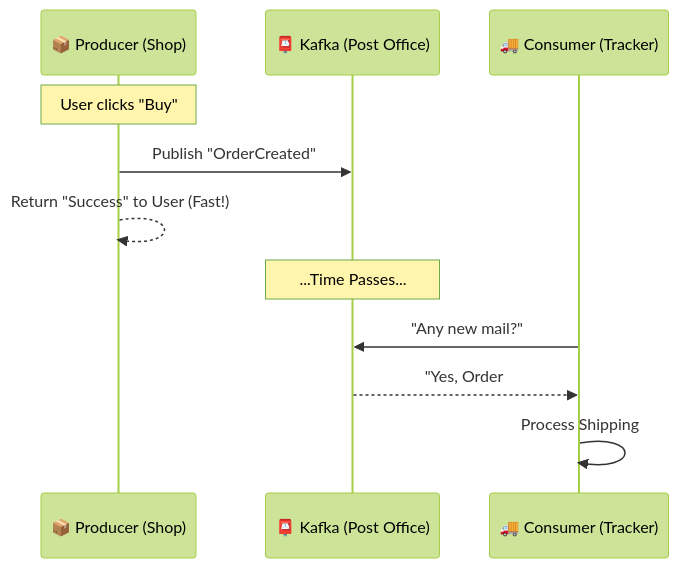
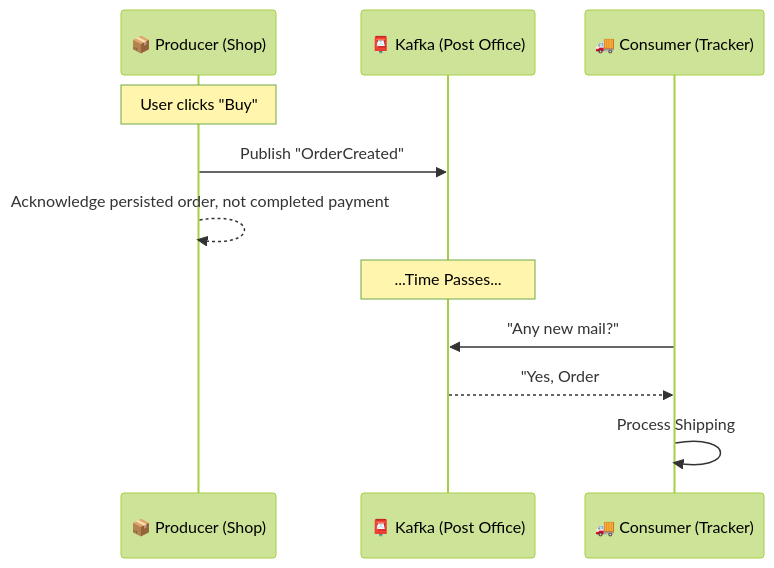
The diagram in docs/senior/04-message-brokers.md (dake-edu/gopher-shop), drawn with Mermaid (forest theme) before and after one commit. The commit also changed other lines of this file and 85 other files, not shown here.

````diff
--- a/docs/senior/04-message-brokers.md
+++ b/docs/senior/04-message-brokers.md
@@ -48,16 +52,16 @@
 ```mermaid
 sequenceDiagram
     participant P as 📦 Producer (Shop)
     participant K as 📮 Kafka (Post Office)
     participant C as 🚚 Consumer (Tracker)
 
     Note over P: User clicks "Buy"
     P->>K: Publish "OrderCreated"
-    P-->>P: Return "Success" to User (Fast!)
+    P-->>P: Acknowledge persisted order, not completed payment
     
     Note over K: ...Time Passes...
     
     C->>K: "Any new mail?"
     K-->>C: "Yes, Order #123"
     C->>C: Process Shipping
 ```
````
